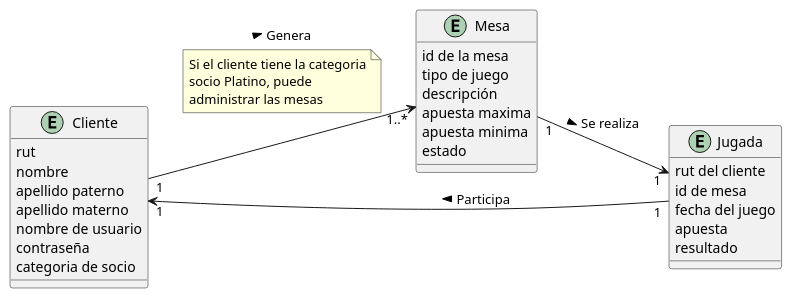
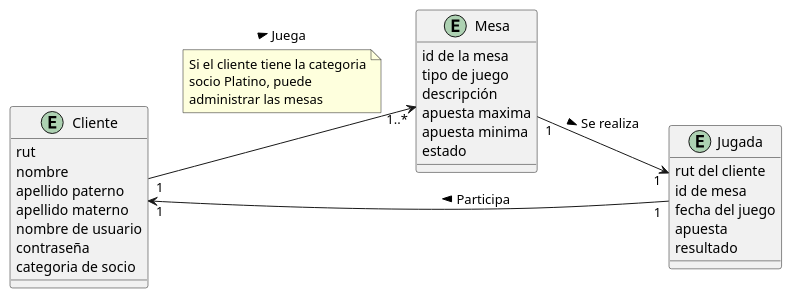
One commit to DarkPridust/Taller1_IgnacioVadillo_JoahnSalvatierra changed the diagram in src/Modelo de Dominio.puml. Above: the diagram before and after it, drawn with PlantUML. The commit also changed 2 other files, not shown here.

Commit message:
Corrección de Modelo de dominio y diagrama de clase

```diff
--- a/src/Modelo de Dominio.puml
+++ b/src/Modelo de Dominio.puml
@@ -1,39 +1,39 @@
 @startuml
 
 left to right direction
 entity Cliente{
     rut
     nombre
     apellido paterno
     apellido materno
     nombre de usuario
     contraseña
     categoria de socio
 }
 
 entity Mesa{
     id de la mesa
     tipo de juego
     descripción
     apuesta maxima
     apuesta minima
     estado
 }
 
 entity Jugada{
     rut del cliente
     id de mesa
     fecha del juego
     apuesta
     resultado
 }
 
-Cliente "1" --> "1..*" Mesa: Genera >
+Cliente "1" --> "1..*" Mesa: Juega >
 note on link: Si el cliente tiene la categoria\nsocio Platino, puede\nadministrar las mesas
 
 Mesa "1" --> "1" Jugada: Se realiza >
 Jugada "1" --> "1" Cliente: Participa >
 
 
 
 @enduml
```
